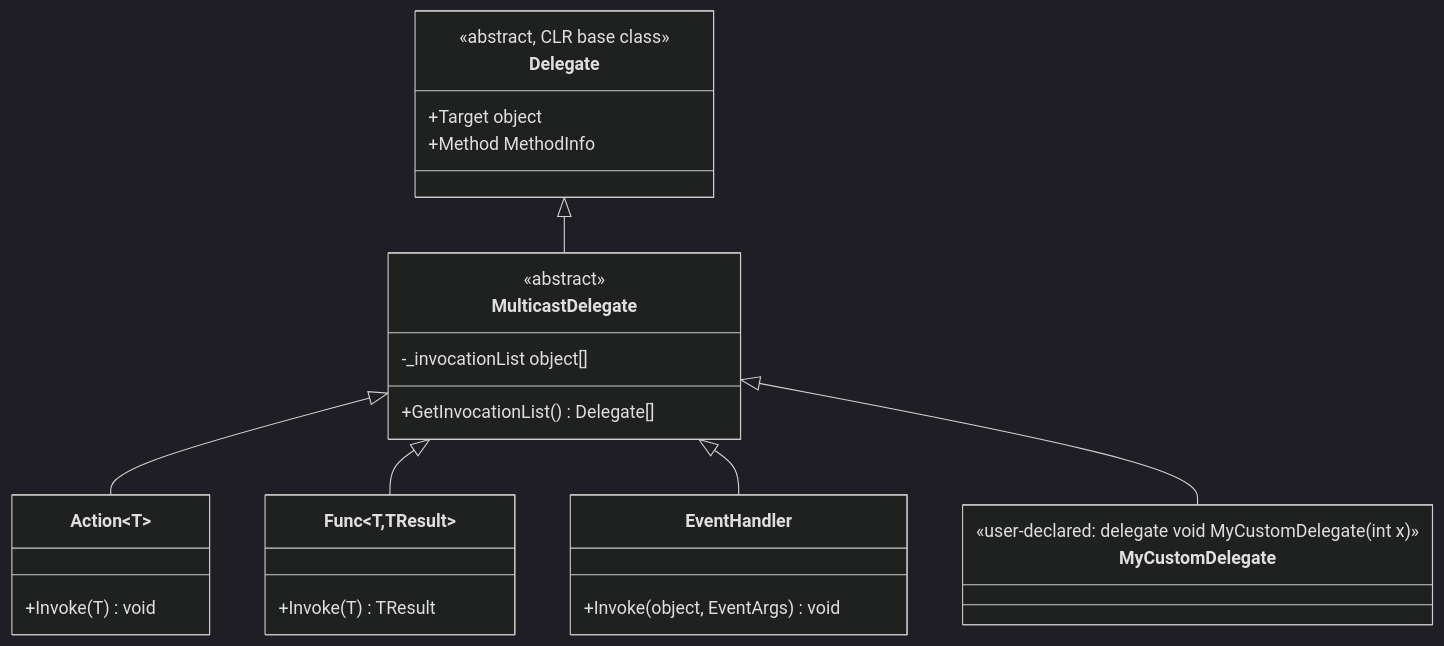
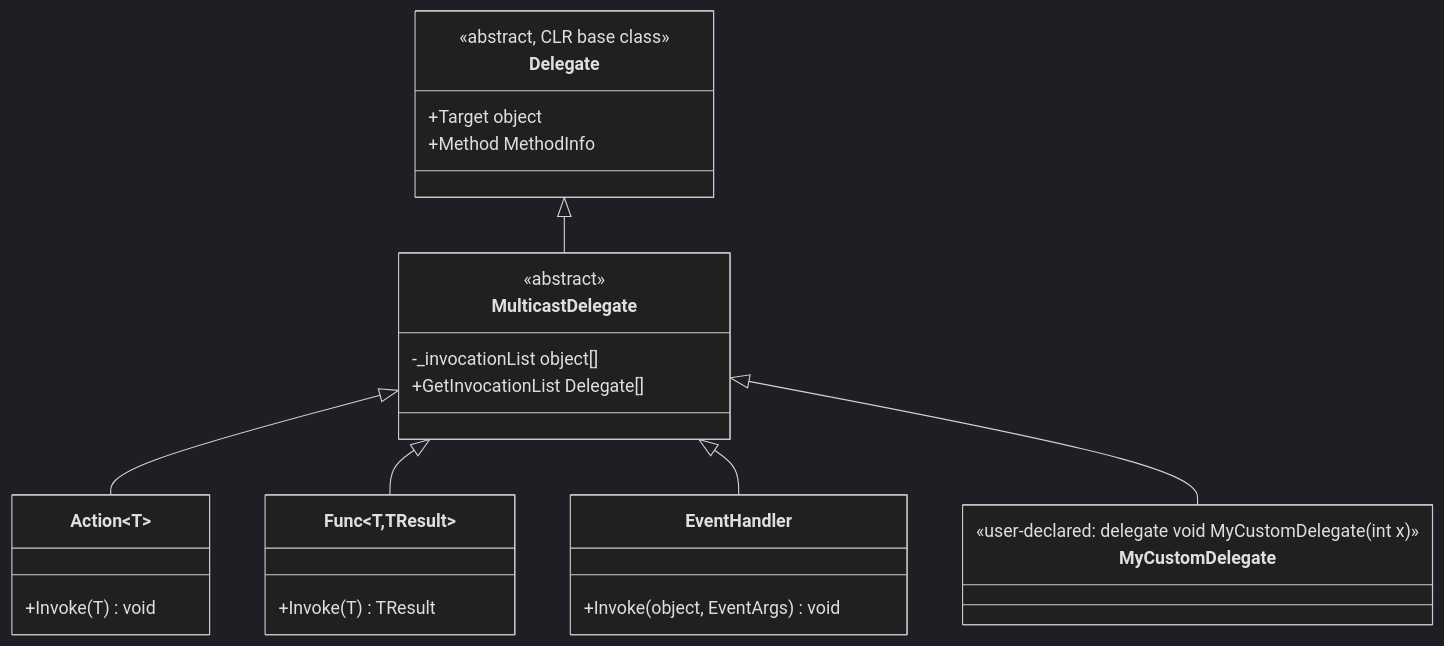
The third of 5 diagrams in 01-CSharp/04-Delegates-Events-Closures.md (umashankarp/InterviewQuestions), drawn with Mermaid (dark theme) before and after one commit. The commit also changed other lines of this file and 173 other files, not shown here.

````diff
--- a/01-CSharp/04-Delegates-Events-Closures.md
+++ b/01-CSharp/04-Delegates-Events-Closures.md
@@ -196,30 +196,30 @@
 ```mermaid
 classDiagram
-    class Delegate {
-        <<abstract, CLR base class>>
-        +Target object
-        +Method MethodInfo
-    }
-    class MulticastDelegate {
-        <<abstract>>
-        -_invocationList object[]
-        +GetInvocationList() Delegate[]
-    }
-    class Action~T~ {
-        +Invoke(T) void
-    }
-    class Func~T,TResult~ {
-        +Invoke(T) TResult
-    }
-    class EventHandler {
-        +Invoke(object, EventArgs) void
-    }
-    class MyCustomDelegate {
-        <<user-declared: delegate void MyCustomDelegate(int x)>>
-    }
-    Delegate <|-- MulticastDelegate
-    MulticastDelegate <|-- Action~T~
-    MulticastDelegate <|-- Func~T,TResult~
-    MulticastDelegate <|-- EventHandler
-    MulticastDelegate <|-- MyCustomDelegate
+ class Delegate {
+ <<abstract, CLR base class>>
+ +Target object
+ +Method MethodInfo
+ }
+ class MulticastDelegate {
+ <<abstract>>
+ -_invocationList object[]
+ +GetInvocationList Delegate[]
+ }
+ class Action~T~ {
+ +Invoke(T) void
+ }
+ class Func~T,TResult~ {
+ +Invoke(T) TResult
+ }
+ class EventHandler {
+ +Invoke(object, EventArgs) void
+ }
+ class MyCustomDelegate {
+ <<user-declared: delegate void MyCustomDelegate(int x)>>
+ }
+ Delegate <|-- MulticastDelegate
+ MulticastDelegate <|-- Action~T~
+ MulticastDelegate <|-- Func~T,TResult~
+ MulticastDelegate <|-- EventHandler
+ MulticastDelegate <|-- MyCustomDelegate
 ```
````
